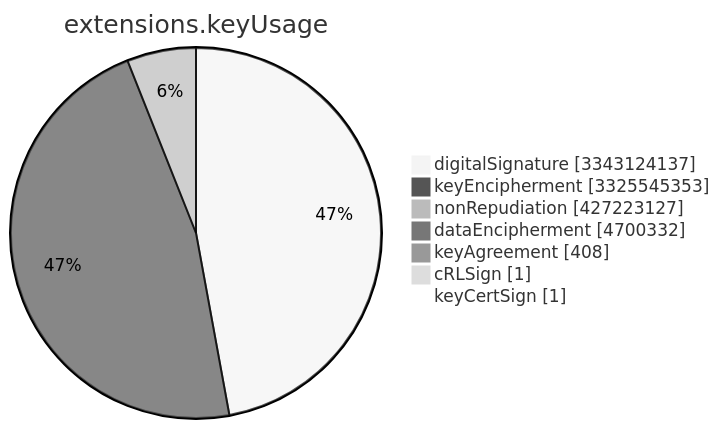
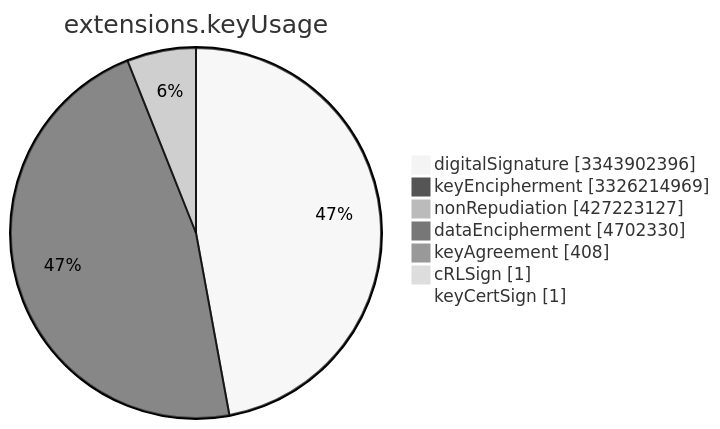
The sixth of 15 diagrams in TOTAL/README.md (christiankrug/ctmonitor_visualization), drawn with Mermaid (neutral theme) before and after one commit. The commit also changed other lines of this file, not shown here.

````diff
--- a/TOTAL/README.md
+++ b/TOTAL/README.md
@@ -3079,11 +3079,11 @@
 ```mermaid
 pie showData
 title extensions.keyUsage
-"digitalSignature" :3343124137
-"keyEncipherment" :3325545353
+"digitalSignature" :3343902396
+"keyEncipherment" :3326214969
 "nonRepudiation" :427223127
-"dataEncipherment" :4700332
+"dataEncipherment" :4702330
 "keyAgreement" :408
 "cRLSign" :1
 "keyCertSign" :1
 ```
````
